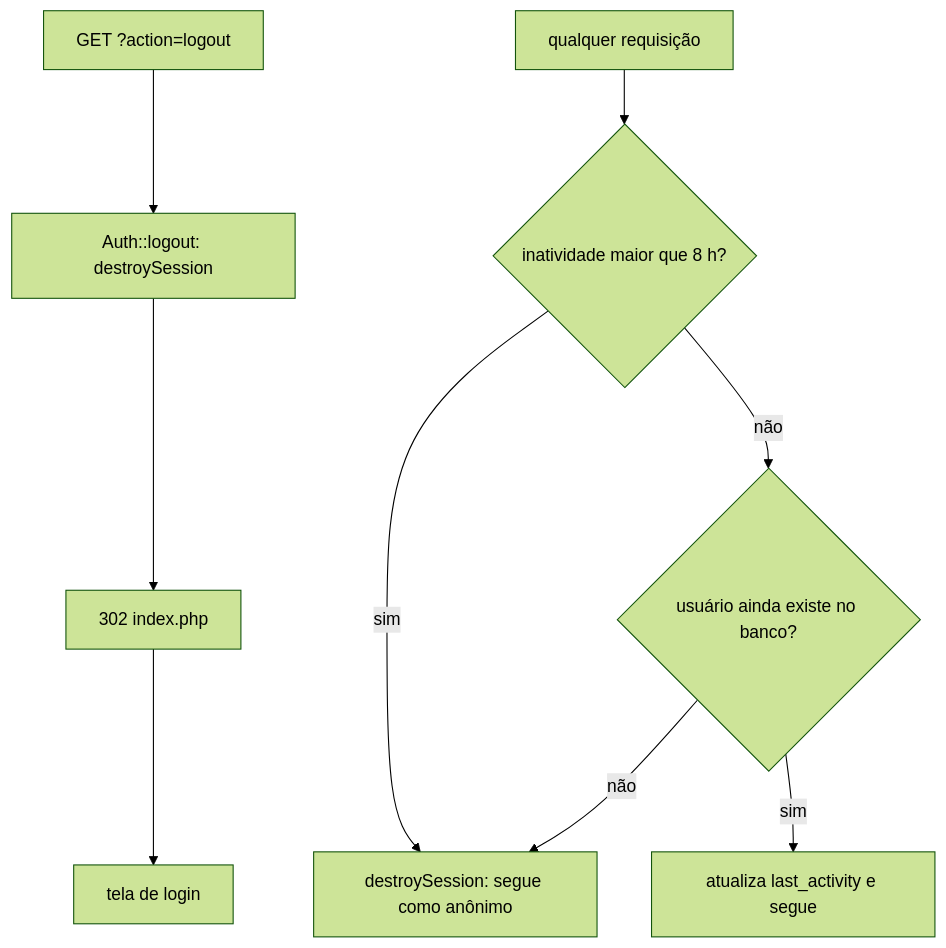
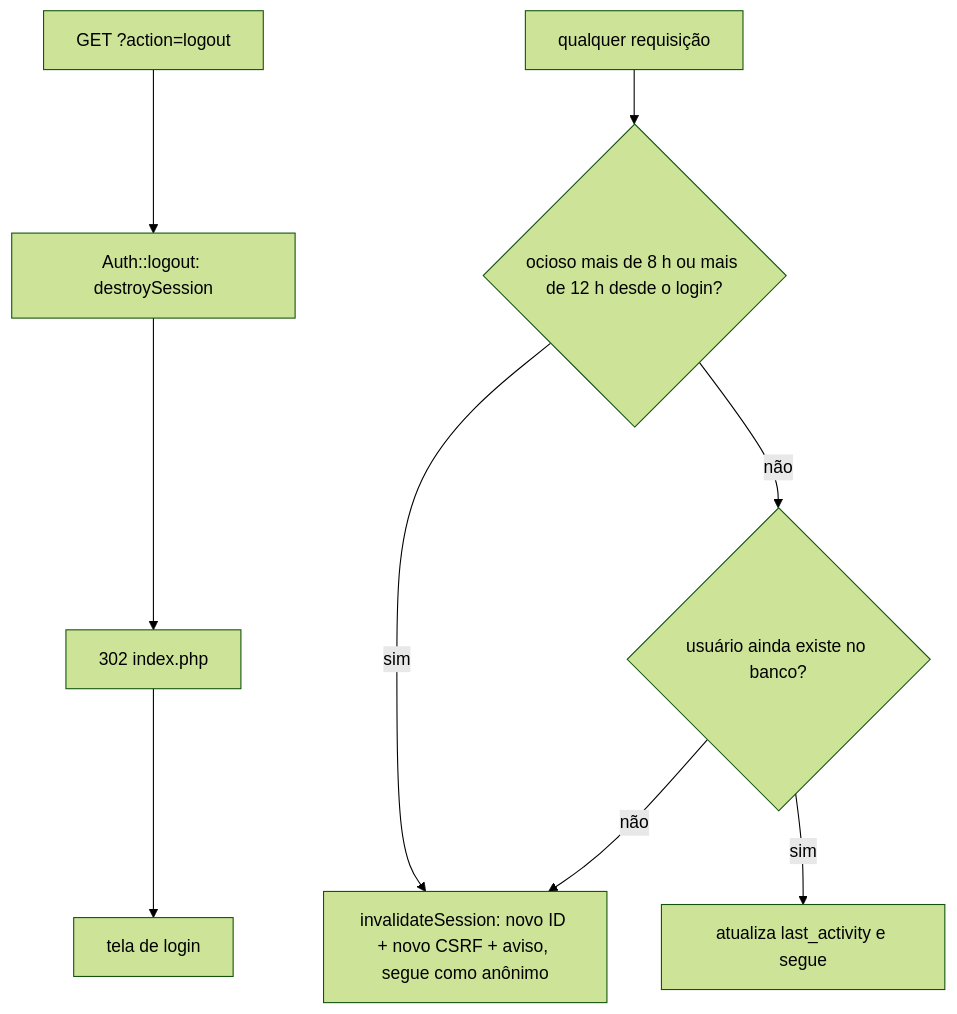
The eighth of 8 diagrams in docs/fluxos.md (Fundacao-Cecon/intranet), drawn with Mermaid (forest theme) before and after one commit. The commit also changed other lines of this file and 12 other files, not shown here.

````diff
--- a/docs/fluxos.md
+++ b/docs/fluxos.md
@@ -274,11 +274,11 @@
 ```mermaid
 flowchart TD
     A["GET ?action=logout"] --> B["Auth::logout: destroySession"]
     B --> C["302 index.php"]
     C --> D["tela de login"]
-    E["qualquer requisição"] --> F{"inatividade maior que 8 h?"}
-    F -- sim --> G["destroySession: segue como anônimo"]
+    E["qualquer requisição"] --> F{"ocioso mais de 8 h ou mais de 12 h desde o login?"}
+    F -- sim --> G["invalidateSession: novo ID + novo CSRF + aviso, segue como anônimo"]
     F -- não --> H{"usuário ainda existe no banco?"}
     H -- não --> G
     H -- sim --> I["atualiza last_activity e segue"]
 ```
````
